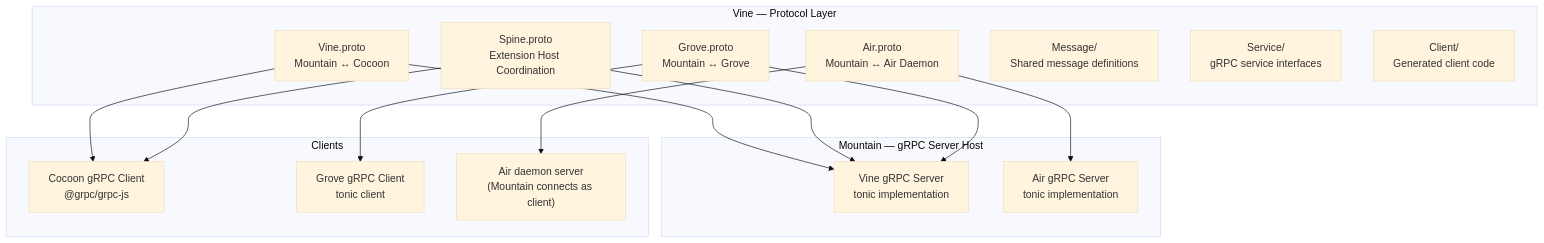
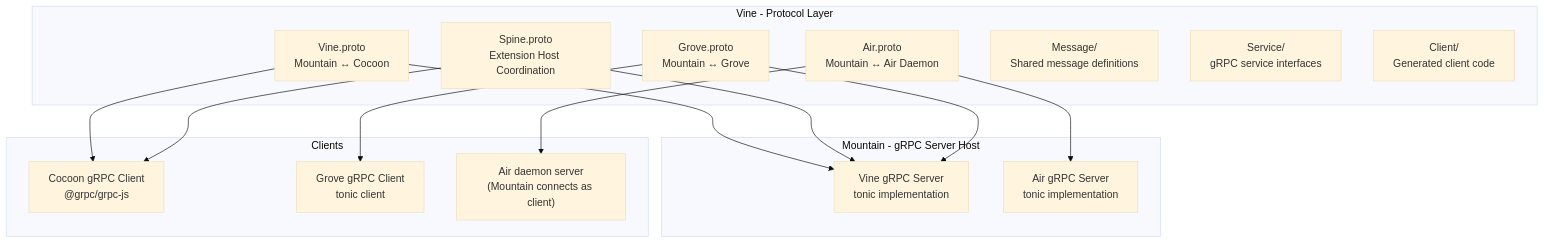
One commit to CodeEditorLand/Vine changed the first of 2 diagrams in Documentation/GitHub/DeepDive.md. Above: the diagram before and after it, drawn with Mermaid (base theme). The commit also changed other lines of this file and 1 other file, not shown here.

First line of the commit message:
docs(Vine): Standardize em dashes to regular dashes in documentation

````diff
--- a/Documentation/GitHub/DeepDive.md
+++ b/Documentation/GitHub/DeepDive.md
@@ -15,32 +15,32 @@
 ```mermaid
 graph TB
-    subgraph "Vine — Protocol Layer"
+    subgraph "Vine - Protocol Layer"
         VineProto["Vine.proto\nMountain ↔ Cocoon"]
         SpineProto["Spine.proto\nExtension Host Coordination"]
         GroveProto["Grove.proto\nMountain ↔ Grove"]
         AirProto["Air.proto\nMountain ↔ Air Daemon"]
         MessageTypes["Message/\nShared message definitions"]
         ServiceDefs["Service/\ngRPC service interfaces"]
         ClientStubs["Client/\nGenerated client code"]
     end
 
-    subgraph "Mountain — gRPC Server Host"
+    subgraph "Mountain - gRPC Server Host"
         VineServer["Vine gRPC Server\ntonic implementation"]
         AirServer["Air gRPC Server\ntonic implementation"]
     end
 
     subgraph "Clients"
         CocoonClient["Cocoon gRPC Client\n@grpc/grpc-js"]
         GroveClient["Grove gRPC Client\ntonic client"]
         AirClient["Air daemon server\n(Mountain connects as client)"]
     end
 
     VineProto --> VineServer
     VineProto --> CocoonClient
     SpineProto --> VineServer
     SpineProto --> CocoonClient
     GroveProto --> VineServer
     GroveProto --> GroveClient
     AirProto --> AirServer
     AirProto --> AirClient
 ```
````
